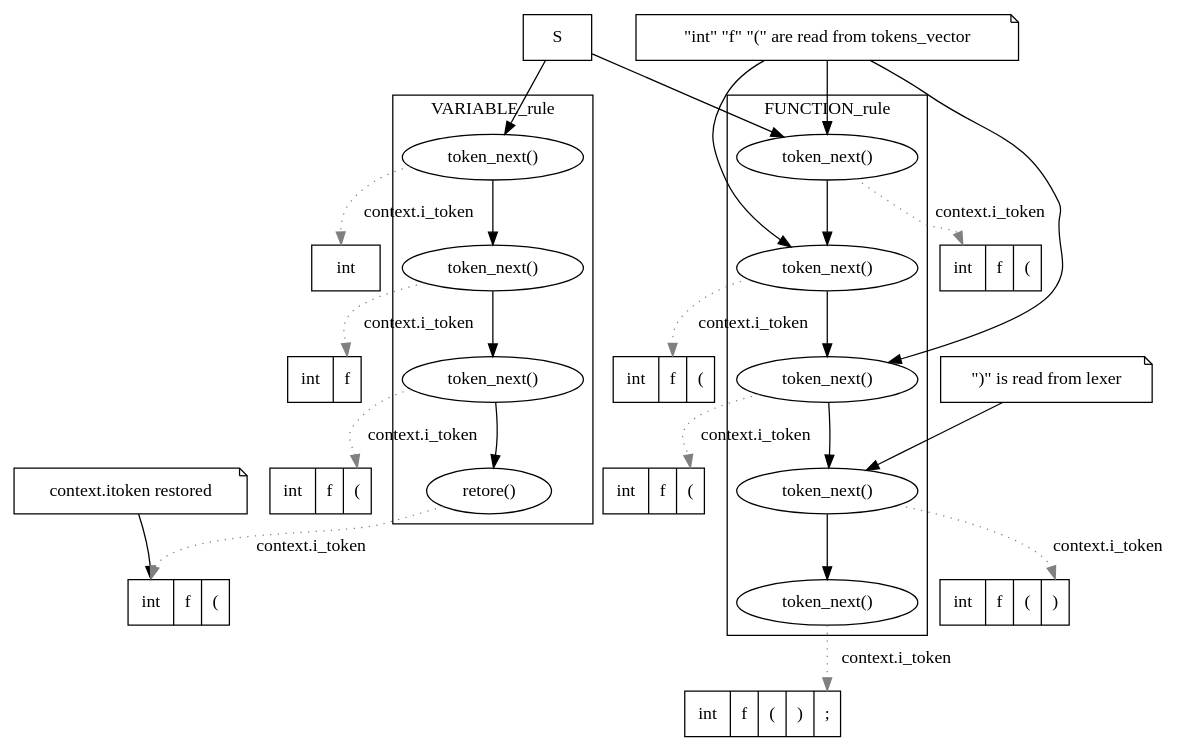
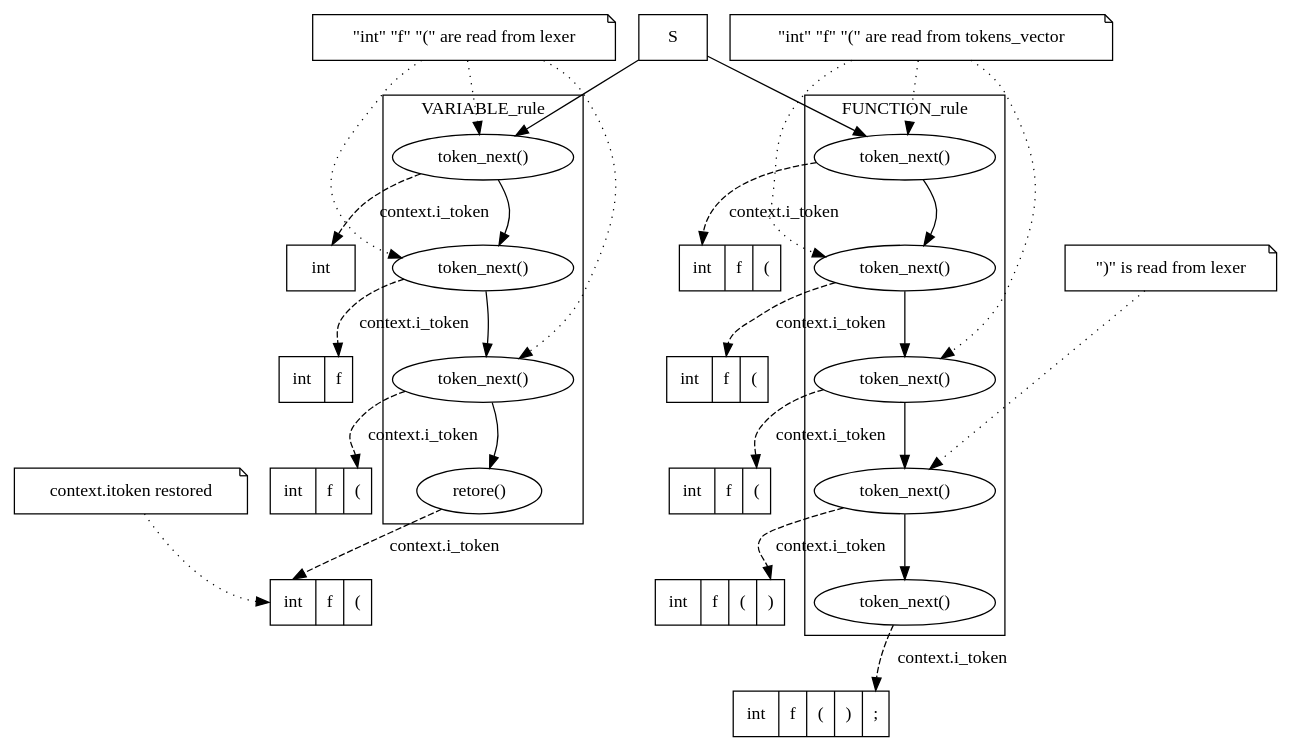
One commit to fructu/abidos_cpp_doc changed the diagram in programmer_manual/chapter_parsing/token_next_buffer_01.dot. Above: the diagram before and after it, drawn with Graphviz. The commit also changed 4 other files, not shown here.

Commit message:
some changes in token_next buffer diagram in parser chapter

```diff
--- a/programmer_manual/chapter_parsing/token_next_buffer_01.dot
+++ b/programmer_manual/chapter_parsing/token_next_buffer_01.dot
@@ -1,71 +1,81 @@
 digraph stack_01 {
 //x,y
 //	size="4,10!";
 
 	node [shape = record];
 
   s [label="S"];
 
   s1 [label="<p>int"];
   s2 [label="int|<p>f}"];
   s3 [label="int|f|<p>("];
   s4 [label="<p>int|f|("];
   s4_note [label="context.itoken restored", shape = "note"];
 
+  t1_note [label="\"int\" \"f\" \"(\" are read from lexer", shape = "note"];
   t1 [label=" token_next()", shape = "ellipse"];
   t2 [label=" token_next()", shape = "ellipse"];
   t3 [label=" token_next()", shape = "ellipse"];
   t4 [label=" retore()",     shape = "ellipse"];
 
   rankdir=TB;
   subgraph cluster_variable_rule {
     label="VARIABLE_rule";
     t1->t2;
     t2->t3;
     t3->t4;
   }
 
   sf1 [label="<p>int|f|("];
   sf2 [label="int|<p>f|("];
   sf3 [label="int|f|<p>("];
   sf4 [label="int|f|(|<p>)"];
   sf5 [label="int|f|(|)|<p>;"];
 
   tf1 [label=" token_next()", shape = "ellipse"];
   tf1_note [label="\"int\" \"f\" \"(\" are read from tokens_vector", shape = "note"];
   tf2 [label=" token_next()", shape = "ellipse"];
   tf3 [label=" token_next()", shape = "ellipse"];
   tf4 [label=" token_next()", shape = "ellipse"];
   tf4_note [label="\")\" is read from lexer", shape = "note"];
   tf5 [label=" token_next()", shape = "ellipse"];
 
   subgraph cluster_function_rule {
     label="FUNCTION_rule";
     tf1->tf2;
     tf2->tf3;
     tf3->tf4;
     tf4->tf5;
   }
 
   s->t1;
   s->tf1;
 
-  t1->s1:p [label="context.i_token"  , color = "gray", style="dotted"];
-  t2->s2:p [label="context.i_token"  , color = "gray", style="dotted"];
-  t3->s3:p [label="context.i_token"  , color = "gray", style="dotted"];
-  t4->s4:p [label="context.i_token"  , color = "gray", style="dotted"];
+  //this is to have this nodes in order and in the same side
+  s1 -> s2 -> s3 -> s4 [style=invis];
 
-  tf1->sf1:p [label="context.i_token"  , color = "gray", style="dotted"];
-  tf2->sf2:p [label="context.i_token"  , color = "gray", style="dotted"];
-  tf3->sf3:p [label="context.i_token"  , color = "gray", style="dotted"];
-  tf4->sf4:p [label="context.i_token"  , color = "gray", style="dotted"];
-  tf5->sf5:p [label="context.i_token"  , color = "gray", style="dotted"];
+  t1->s1:p [label="context.i_token"  , color = "black", style="dashed", minlen = 1];
+  t2->s2:p [label="context.i_token"  , color = "black", style="dashed", minlen = 1];
+  t3->s3:p [label="context.i_token"  , color = "black", style="dashed", minlen = 1];
+  t4->s4:p [label="context.i_token"  , color = "black", style="dashed", minlen = 1];
 
-  s4_note  -> s4:p;
+  t1_note -> t1  [label=""  , color = "black", style="dotted"];
+  t1_note -> t2  [label=""  , color = "black", style="dotted"];
+  t1_note -> t3  [label=""  , color = "black", style="dotted"];
 
-  tf1_note -> tf1;
-  tf1_note -> tf2;
-  tf1_note -> tf3;
+  //this is to have this nodes in order and in the same side
+  sf1 -> sf2 -> sf3 -> sf4 -> sf5 [style=invis];
+  tf1->sf1:p [label="context.i_token"  , color = "black", style="dashed", minlen = 1];
+  tf2->sf2:p [label="context.i_token"  , color = "black", style="dashed", minlen = 1];
+  tf3->sf3:p [label="context.i_token"  , color = "black", style="dashed", minlen = 1];
+  tf4->sf4:p [label="context.i_token"  , color = "black", style="dashed", minlen = 1];
+  tf5->sf5:p [label="context.i_token"  , color = "black", style="dashed", minlen = 1];
 
-  tf4_note -> tf4;
+  s4_note  -> s4:p [label=""  , color = "black", style="dotted"];
+
+  tf1_note -> tf1  [label=""  , color = "black", style="dotted"];
+  tf1_note -> tf2  [label=""  , color = "black", style="dotted"];
+  tf1_note -> tf3  [label=""  , color = "black", style="dotted"];
+
+  tf4_note -> tf4  [label=""  , color = "black", style="dotted", minlen = 2];
 }
```
